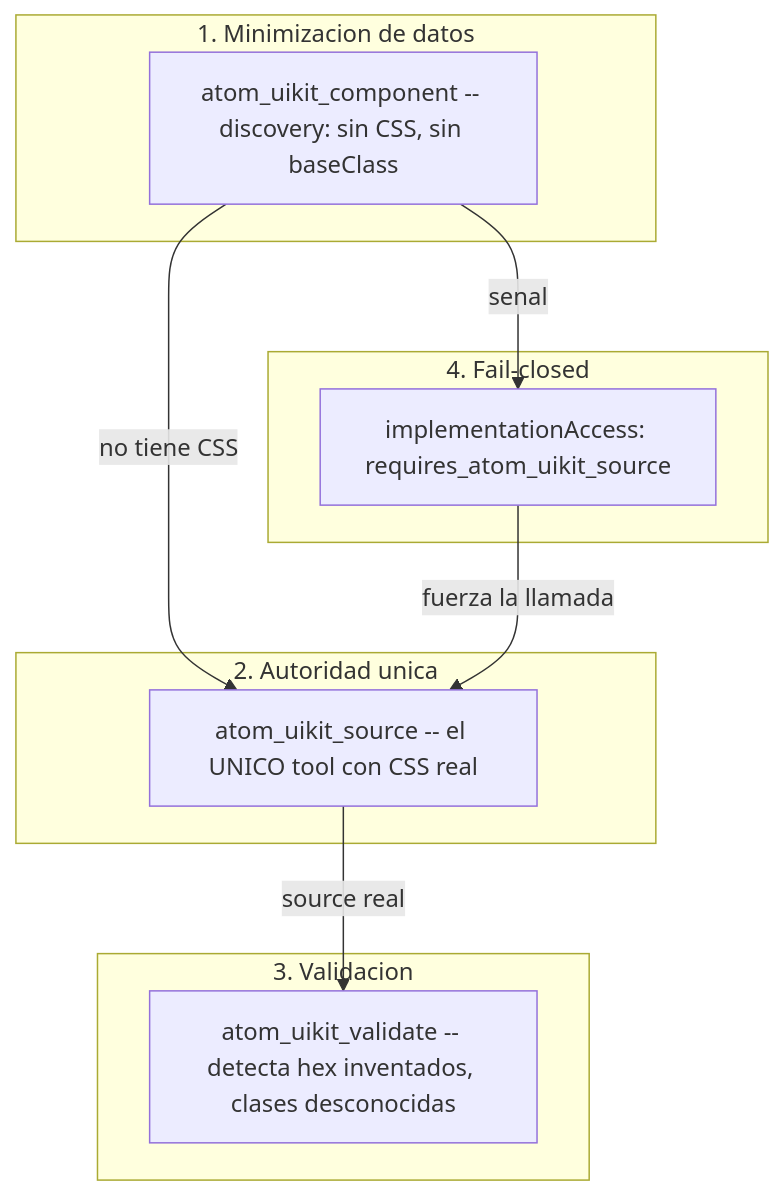
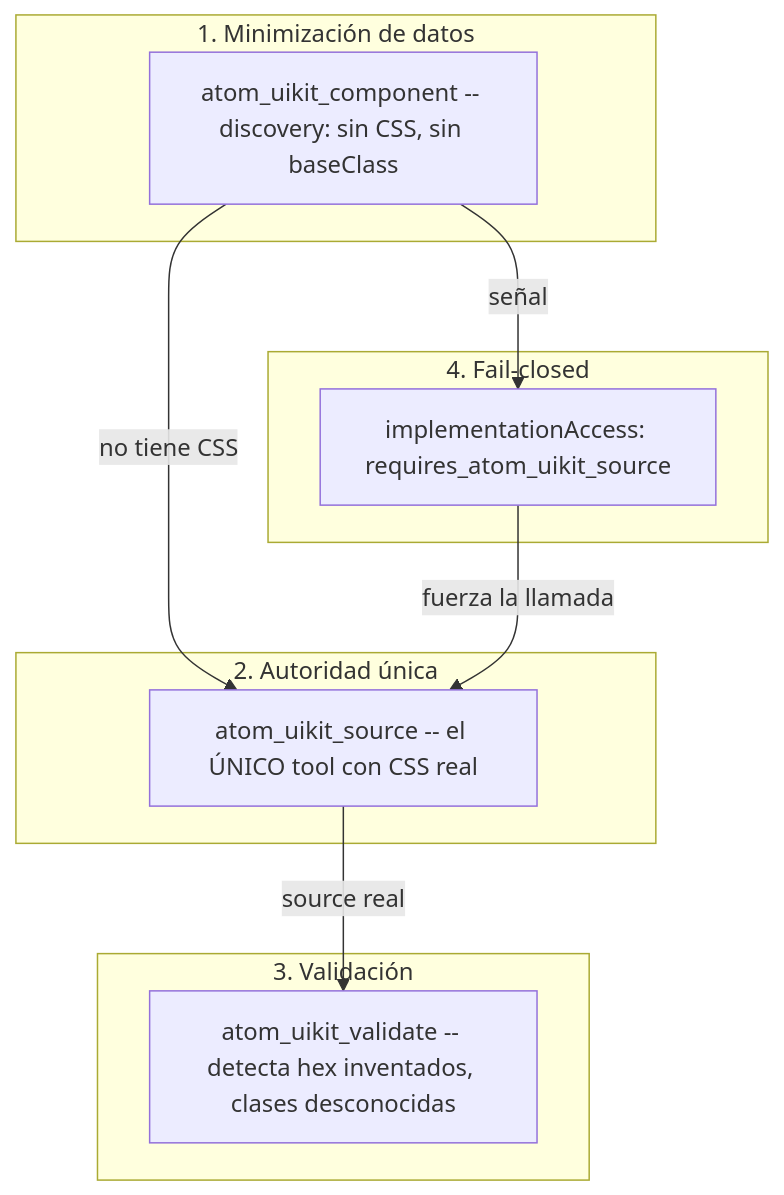
The third of 6 diagrams in apps/web/src/content/projects/design-system-ships-itself-es.md (karenrebecag/Portfolio2026), drawn with Mermaid before and after one commit. The commit also changed other lines of this file and 33 other files, not shown here.

````diff
--- a/apps/web/src/content/projects/design-system-ships-itself-es.md
+++ b/apps/web/src/content/projects/design-system-ships-itself-es.md
@@ -175,19 +236,19 @@
 ```mermaid Anti-hallucination en cuatro capas
 graph TD
-  subgraph L1["1. Minimizacion de datos"]
+  subgraph L1["1. Minimización de datos"]
     COMP["atom_uikit_component -- discovery: sin CSS, sin baseClass"]
   end
-  subgraph L2["2. Autoridad unica"]
-    SRC["atom_uikit_source -- el UNICO tool con CSS real"]
+  subgraph L2["2. Autoridad única"]
+    SRC["atom_uikit_source -- el ÚNICO tool con CSS real"]
   end
-  subgraph L3["3. Validacion"]
+  subgraph L3["3. Validación"]
     VAL["atom_uikit_validate -- detecta hex inventados, clases desconocidas"]
   end
   subgraph L4["4. Fail-closed"]
     GUARD["implementationAccess: requires_atom_uikit_source"]
   end
   COMP -->|no tiene CSS| SRC
-  COMP -->|senal| GUARD
+  COMP -->|señal| GUARD
   GUARD -->|fuerza la llamada| SRC
   SRC -->|source real| VAL
 ```
````
